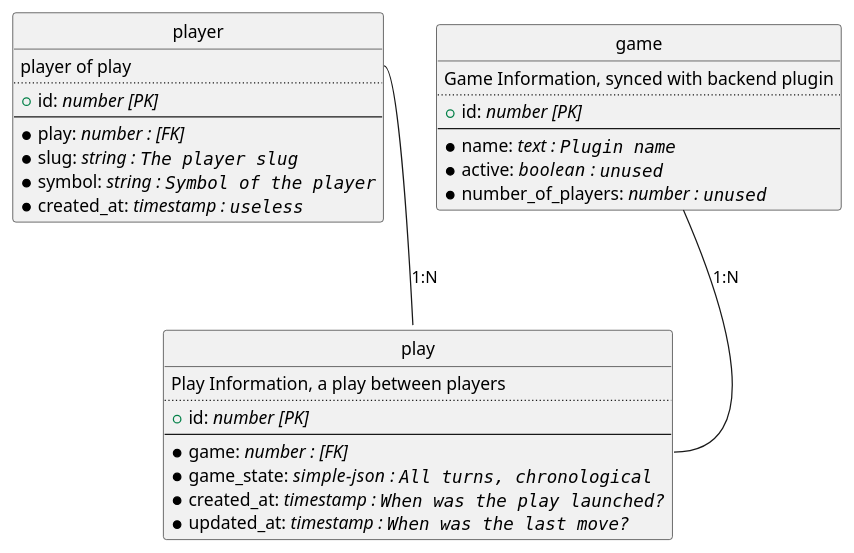
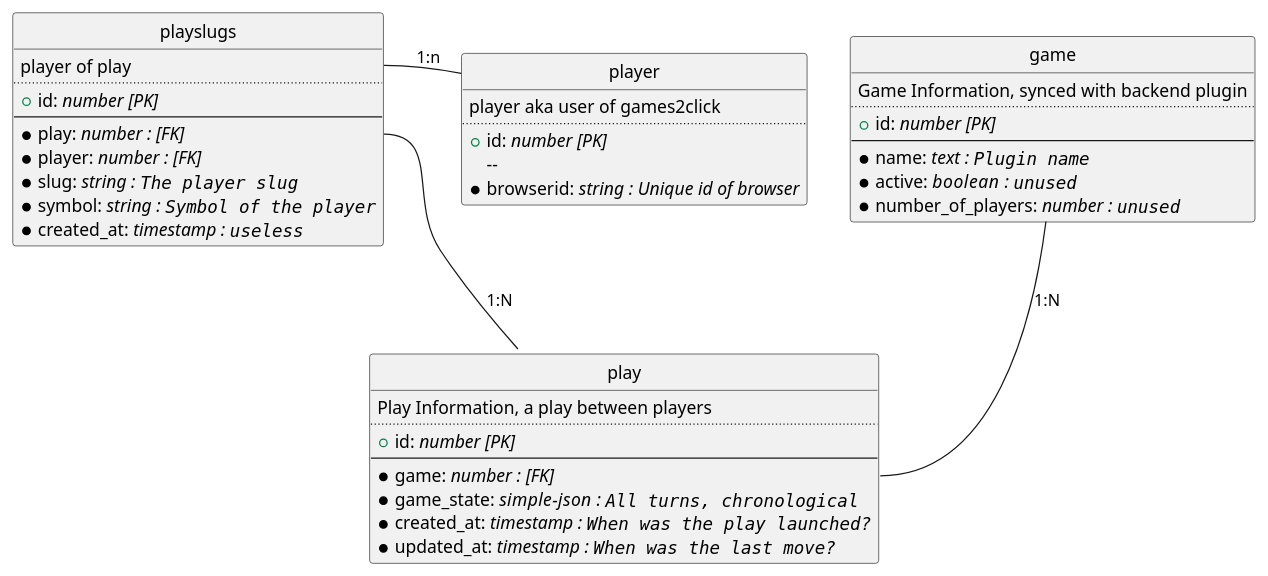
The diagram in docs/specifications/ermodel/ermodel.puml (games2click/games2click.github.io), drawn with PlantUML before and after one commit.

Commit message:
Rename player to playslugs, add player

```diff
--- a/docs/specifications/ermodel/ermodel.puml
+++ b/docs/specifications/ermodel/ermodel.puml
@@ -1,41 +1,50 @@
 @startuml
 hide circle
 'skinparam linetype ortho
 
 entity game{
   Game Information, synced with backend plugin
   ..
   + id: //number [PK]//
   --
   * name: //text : ""Plugin name""//
   * active: //boolean  : ""unused""//
   * number_of_players: //number : ""unused""//
 }
 
 entity play{
   Play Information, a play between players
   ..
   + id: //number [PK]//
   --
   *game: //number : [FK]//
   *game_state: //simple-json  : ""All turns, chronological""//
   *created_at: //timestamp : ""When was the play launched?""//
   *updated_at: //timestamp : ""When was the last move?""//
 }
 
-entity player{
+entity playslugs{
   player of play
   ..
   + id: //number [PK]//
   --
   *play: //number : [FK]//
+  *player: //number : [FK]//
   *slug: //string : ""The player slug""//
   *symbol: //string : ""Symbol of the player""//
   *created_at: //timestamp : ""useless""//
 }
 
+entity player{
+  player aka user of games2click
+  ..
+    + id: //number [PK]//
+    --
+    *browserid: //string : Unique id of browser//
+}
 
 play::game -u-  game : 1:N
-player::play --  play : 1:N
+playslugs::play --  play : 1:N
+playslugs::player -r-  player : 1:n
 
 @enduml
```
